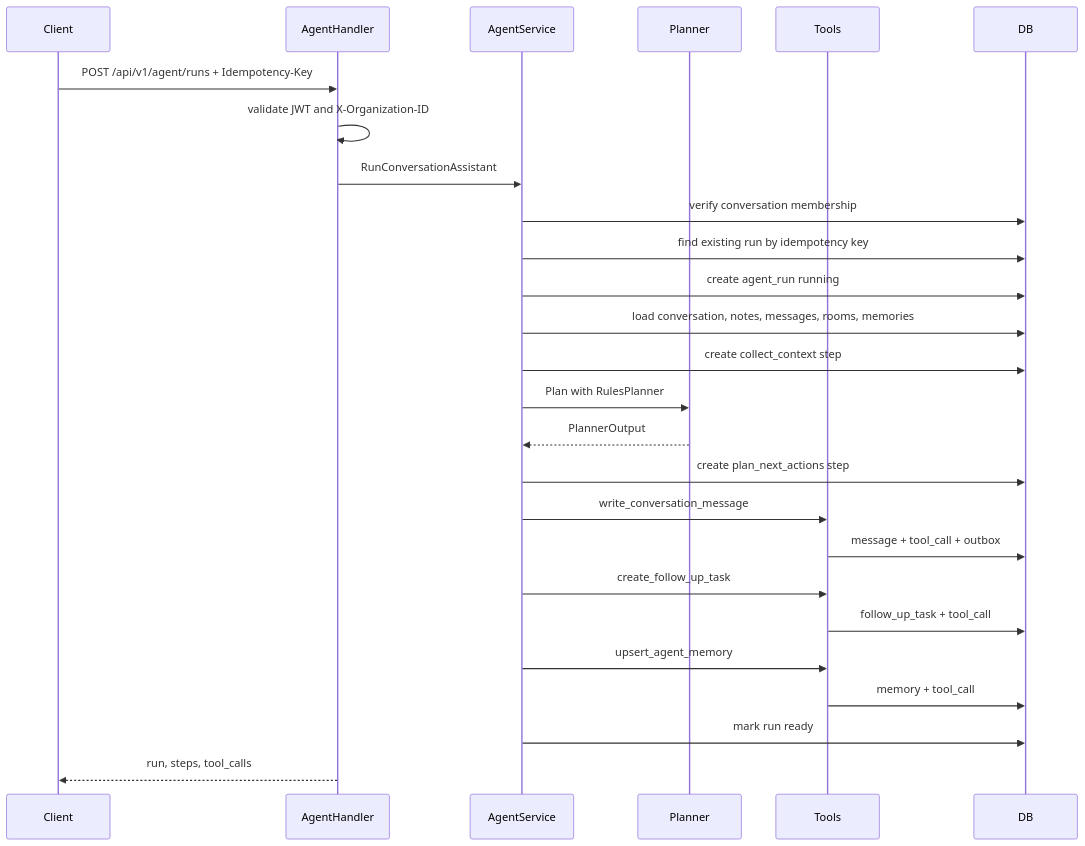
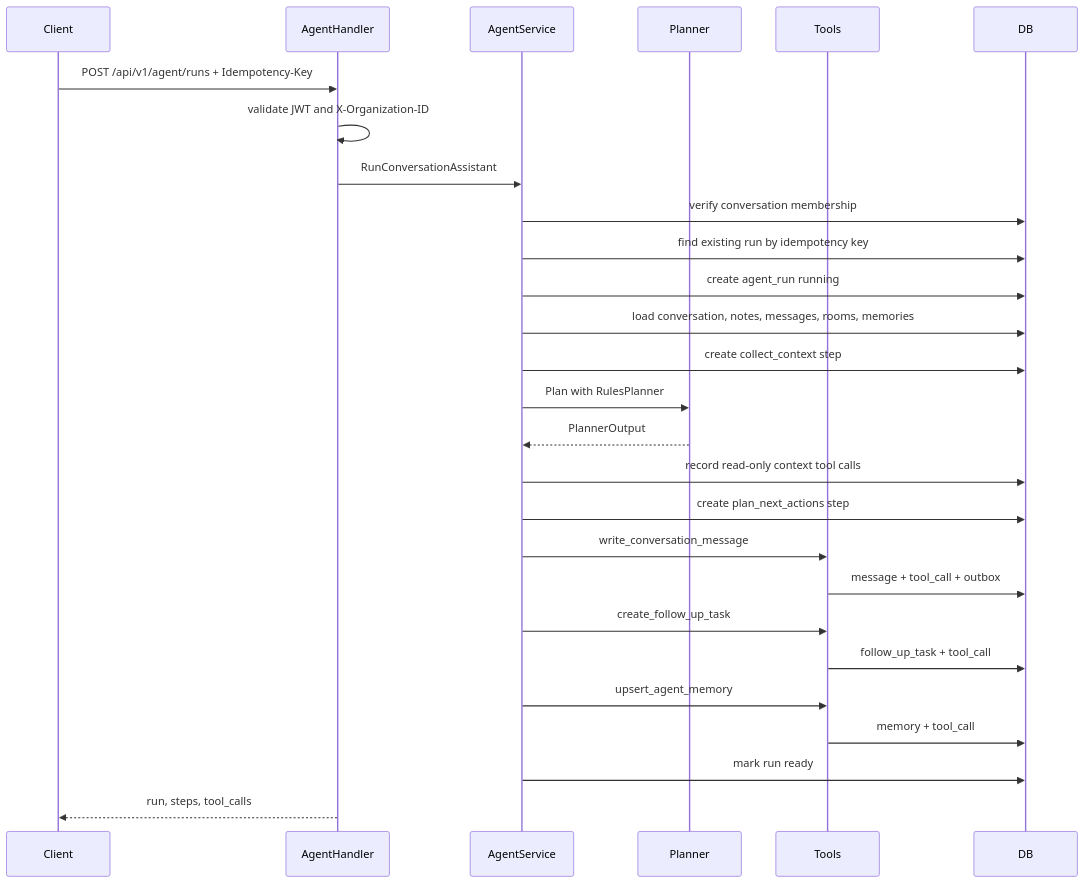
The diagram in docs/interview/ai-agent-design.md (XianingY/AllCallAll), drawn with Mermaid before and after one commit. The commit also changed other lines of this file and 8 other files, not shown here.

````diff
--- a/docs/interview/ai-agent-design.md
+++ b/docs/interview/ai-agent-design.md
@@ -51,29 +51,30 @@
 ```mermaid
 sequenceDiagram
     participant Client
     participant Handler as AgentHandler
     participant Service as AgentService
     participant Planner
     participant Tools
     participant DB
 
     Client->>Handler: POST /api/v1/agent/runs + Idempotency-Key
     Handler->>Handler: validate JWT and X-Organization-ID
     Handler->>Service: RunConversationAssistant
     Service->>DB: verify conversation membership
     Service->>DB: find existing run by idempotency key
     Service->>DB: create agent_run running
     Service->>DB: load conversation, notes, messages, rooms, memories
     Service->>DB: create collect_context step
     Service->>Planner: Plan with RulesPlanner
     Planner-->>Service: PlannerOutput
+    Service->>DB: record read-only context tool calls
     Service->>DB: create plan_next_actions step
     Service->>Tools: write_conversation_message
     Tools->>DB: message + tool_call + outbox
     Service->>Tools: create_follow_up_task
     Tools->>DB: follow_up_task + tool_call
     Service->>Tools: upsert_agent_memory
     Tools->>DB: memory + tool_call
     Service->>DB: mark run ready
     Handler-->>Client: run, steps, tool_calls
 ```
````
